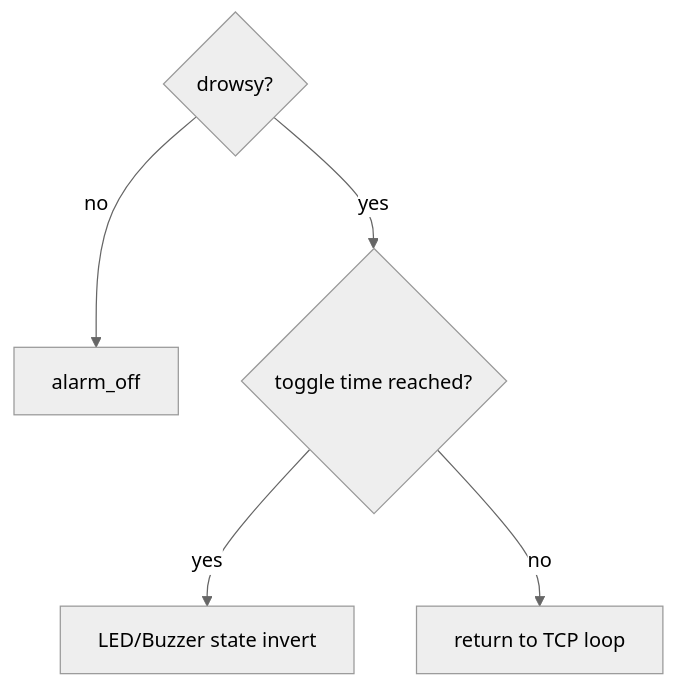
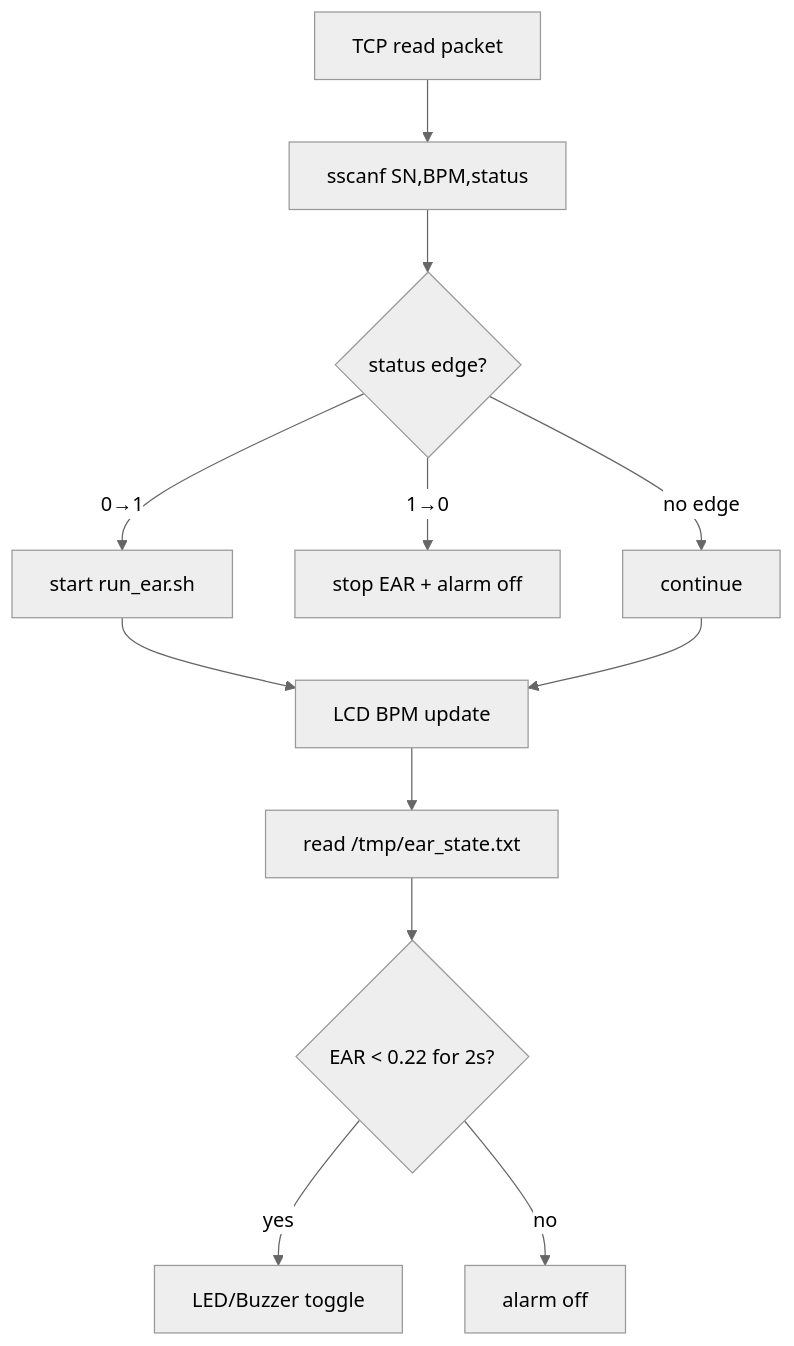
The diagram in docs/code/client_c.md (Tontonjeong/Sleep-monitoring-and-prevention-device), drawn with Mermaid (neutral theme) before and after one commit. The commit also changed other lines of this file and 43 other files, not shown here.

````diff
--- a/docs/code/client_c.md
+++ b/docs/code/client_c.md
@@ -72,7 +23,14 @@
 ```mermaid
 flowchart TD
-    A{drowsy?} -->|no| B[alarm_off]
-    A -->|yes| C{toggle time reached?}
-    C -->|yes| D[LED/Buzzer state invert]
-    C -->|no| E[return to TCP loop]
+    A[TCP read packet] --> B[sscanf SN,BPM,status]
+    B --> C{status edge?}
+    C -->|0→1| D[start run_ear.sh]
+    C -->|1→0| E[stop EAR + alarm off]
+    C -->|no edge| F[continue]
+    D --> G[LCD BPM update]
+    F --> G
+    G --> H[read /tmp/ear_state.txt]
+    H --> I{EAR < 0.22 for 2s?}
+    I -->|yes| J[LED/Buzzer toggle]
+    I -->|no| K[alarm off]
 ```
````
